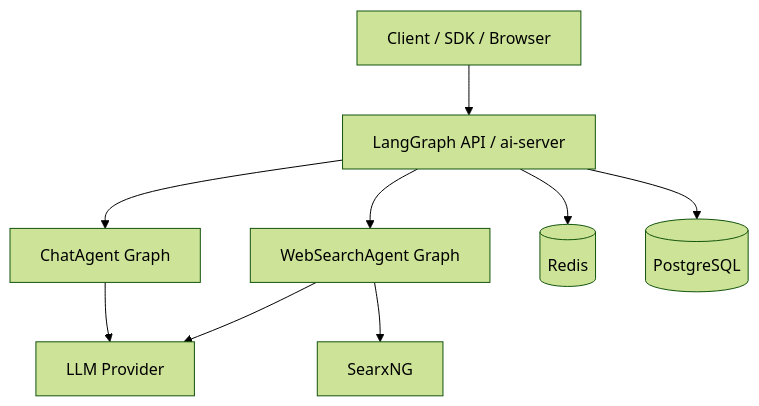
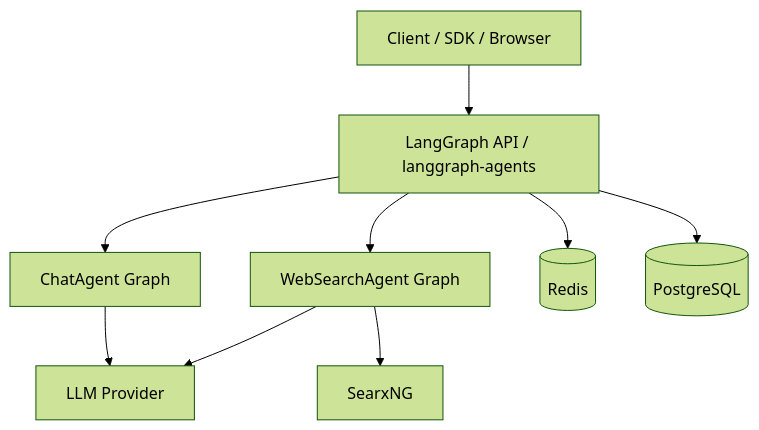
The first of 3 diagrams in ARCHITECTURE.md (mateus558/langgraph-agents), drawn with Mermaid (forest theme) before and after one commit. The commit also changed 13 other files, not shown here.

Commit message:
refactor: Rename references from ai-server to langgraph-agents across documentation and configuration files

````diff
--- a/ARCHITECTURE.md
+++ b/ARCHITECTURE.md
@@ -16,11 +16,11 @@
 ```mermaid
 flowchart TD
-    client[Client / SDK / Browser] --> api[LangGraph API / ai-server]
+    client[Client / SDK / Browser] --> api[LangGraph API / langgraph-agents]
     api --> chat[ChatAgent Graph]
     api --> web[WebSearchAgent Graph]
     chat --> llm[LLM Provider]
     web --> searx[SearxNG]
     web --> llm
     api --> redis[(Redis)]
     api --> db[(PostgreSQL)]
 ```
````
